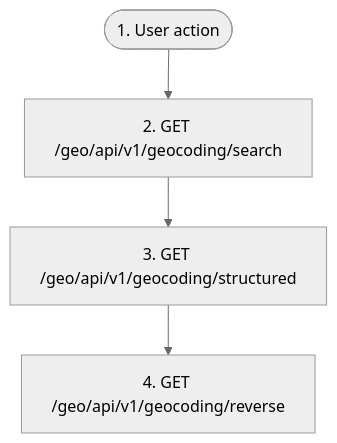
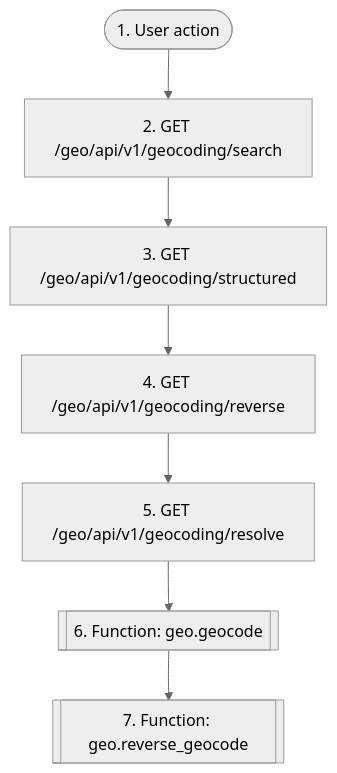
The diagram in docs/flows/en/geo.geocode_address.md (usestapel/stapel-geo), drawn with Mermaid (neutral theme) before and after one commit. The commit also changed other lines of this file and 45 other files, not shown here.

````diff
--- a/docs/flows/en/geo.geocode_address.md
+++ b/docs/flows/en/geo.geocode_address.md
@@ -11,10 +11,16 @@
 ```mermaid
 flowchart TD
     s1(["1. User action"])
     s2["2. GET /geo/api/v1/geocoding/search"]
     s3["3. GET /geo/api/v1/geocoding/structured"]
     s4["4. GET /geo/api/v1/geocoding/reverse"]
+    s5["5. GET /geo/api/v1/geocoding/resolve"]
+    s6[["6. Function: geo.geocode"]]
+    s7[["7. Function: geo.reverse_geocode"]]
     s1 --> s2
     s2 --> s3
     s3 --> s4
+    s4 --> s5
+    s5 --> s6
+    s6 --> s7
 ```
````
